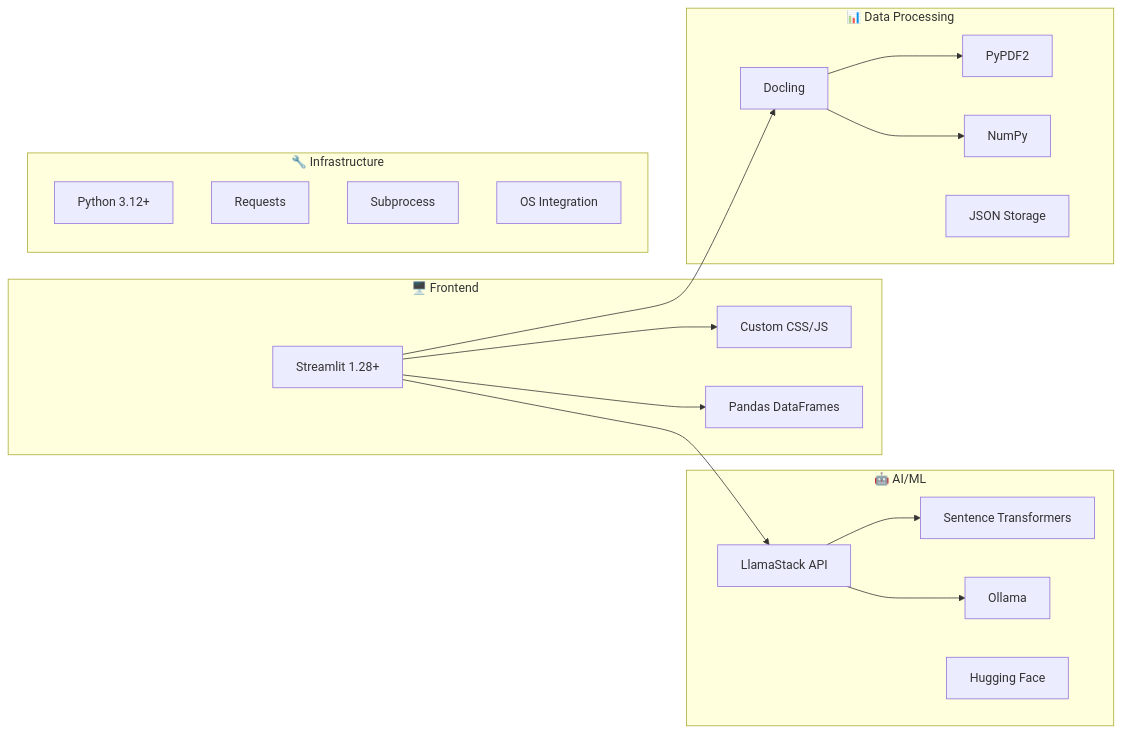
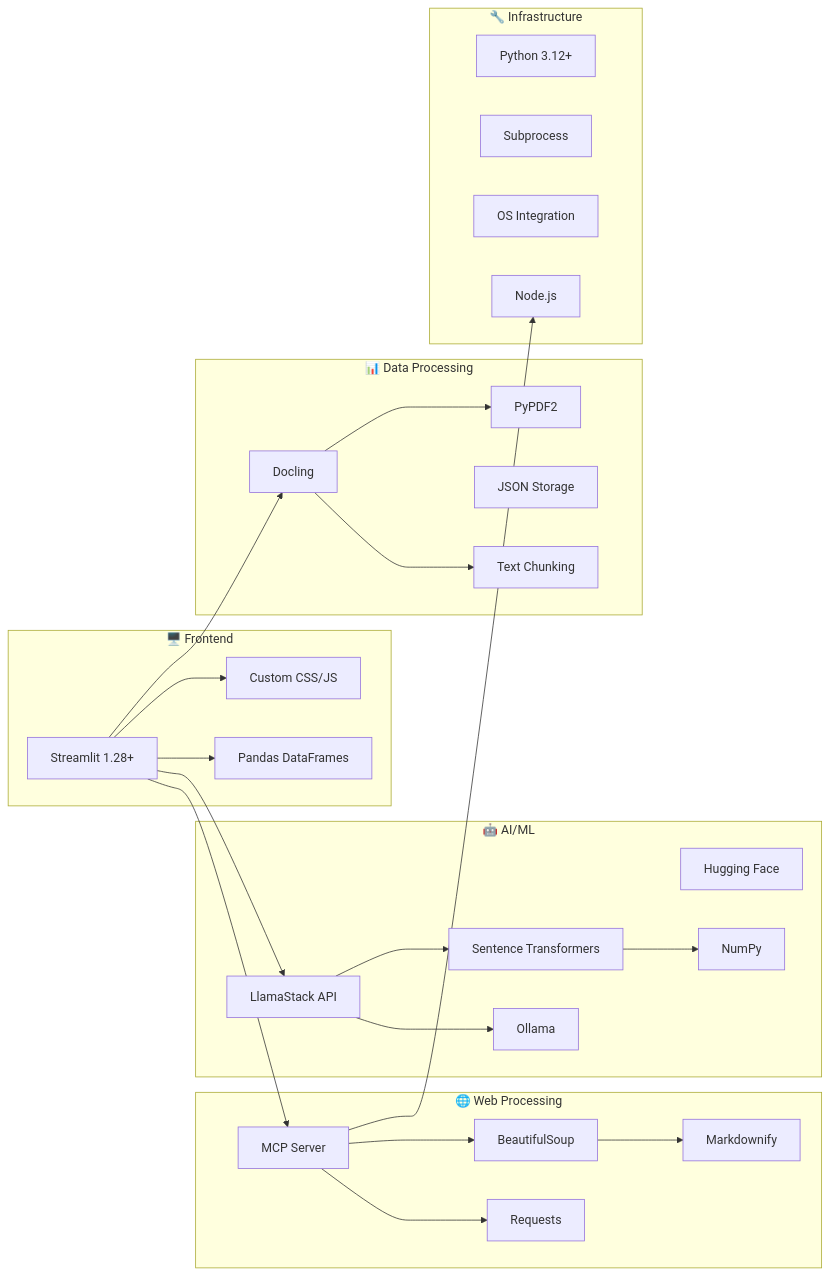
Before and after one commit to abhijeet-dhumal/llama-stack-rag: the second of 7 diagrams in README.md, drawn with Mermaid. The commit also changed other lines of this file and 17 other files, not shown here.

Commit message:
Enhance docuemnt upload/processing components flow to make more efficient

````diff
--- a/README.md
+++ b/README.md
@@ -167,38 +218,52 @@
 ```mermaid
 graph LR
     subgraph "🖥️ Frontend"
         ST[Streamlit 1.28+]
         CSS[Custom CSS/JS]
         PD[Pandas DataFrames]
     end
     
+    subgraph "🌐 Web Processing"
+        MCP[MCP Server]
+        BS[BeautifulSoup]
+        REQ[Requests]
+        MD[Markdownify]
+    end
+    
     subgraph "🤖 AI/ML"
         LS[LlamaStack API]
         ST_EMB[Sentence Transformers]
         OL[Ollama]
         HF[Hugging Face]
+        NP[NumPy]
     end
     
     subgraph "📊 Data Processing"
         DOC[Docling]
         PDF[PyPDF2]
-        NP[NumPy]
         JSON[JSON Storage]
+        CHUNK[Text Chunking]
     end
     
     subgraph "🔧 Infrastructure"
         PY[Python 3.12+]
-        REQ[Requests]
         SUB[Subprocess]
         OS[OS Integration]
+        NODE[Node.js]
     end
     
     ST --> LS
     ST --> CSS
     ST --> PD
+    ST --> MCP
+    MCP --> BS
+    MCP --> REQ
+    BS --> MD
     LS --> ST_EMB
     LS --> OL
+    ST_EMB --> NP
     DOC --> PDF
-    DOC --> NP
+    DOC --> CHUNK
     ST --> DOC
+    MCP --> NODE
 ```
````
